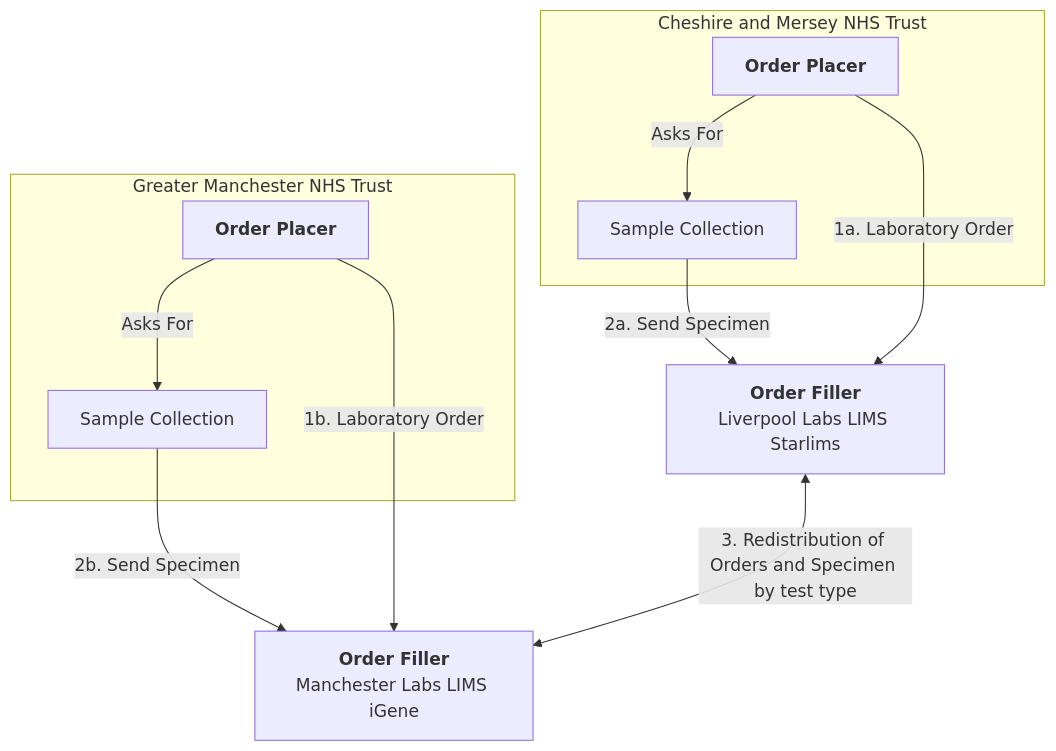
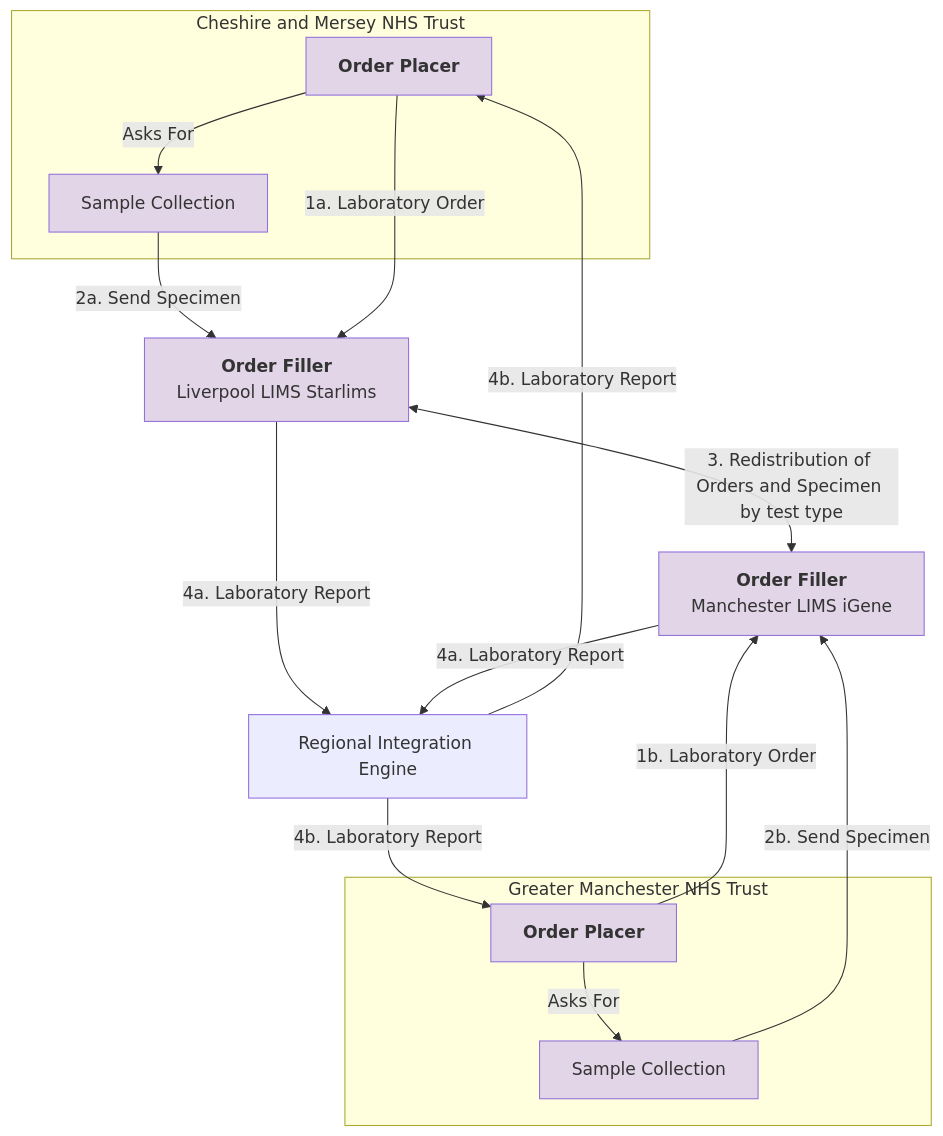
Before and after one commit to uk-gov-mirror/nw-gmsa.nw-gmsa.github.com: the fifth of 7 diagrams in input/pagecontent/introduction.md, drawn with Mermaid.

Commit message:
starlims

````diff
--- a/input/pagecontent/introduction.md
+++ b/input/pagecontent/introduction.md
@@ -179,15 +179,23 @@
 ```mermaid
 graph TD;
     subgraph NHSTrustA[Cheshire and Mersey NHS Trust]
         EPRA[<b>Order Placer</b>] --> |Asks For| SpecimenA[Sample Collection]
     end
     subgraph NHSTrustB[Greater Manchester NHS Trust]
         EPRB[<b>Order Placer</b>] --> |Asks For| SpecimenB[Sample Collection]
     end
     SpecimenA --> |2a. Send Specimen| LIMSA
     SpecimenB --> |2b. Send Specimen| LIMSB
-    EPRA --> |1a. Laboratory Order| LIMSA[<b>Order Filler</b><br/>Liverpool Labs LIMS Starlims]
-    EPRB --> |1b. Laboratory Order| LIMSB[<b>Order Filler</b><br/>Manchester Labs LIMS iGene]
+    EPRA --> |1a. Laboratory Order| LIMSA[<b>Order Filler</b><br/>Liverpool LIMS Starlims]
+    EPRB --> |1b. Laboratory Order| LIMSB[<b>Order Filler</b><br/>Manchester LIMS iGene]
 
     LIMSA <--> |3. Redistribution of Orders and Specimen by test type| LIMSB
+
+    LIMSA --> |4a. Laboratory Report| RIE[Regional Integration Engine]
+    LIMSB --> |4a. Laboratory Report| RIE
+    RIE --> |4b. Laboratory Report| EPRA
+    RIE --> |4b. Laboratory Report| EPRB 
+
+    classDef purple fill:#E1D5E7;
+    class EPRA,EPRB,SpecimenA,SpecimenB,LIMSA,LIMSB purple;
 ```
````
